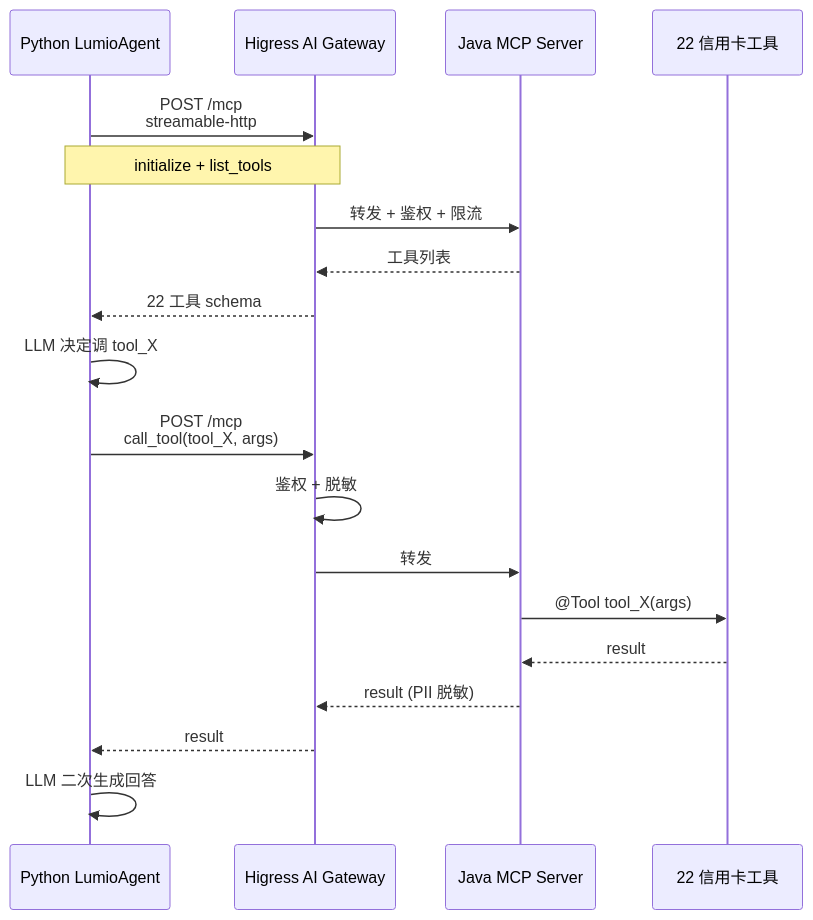
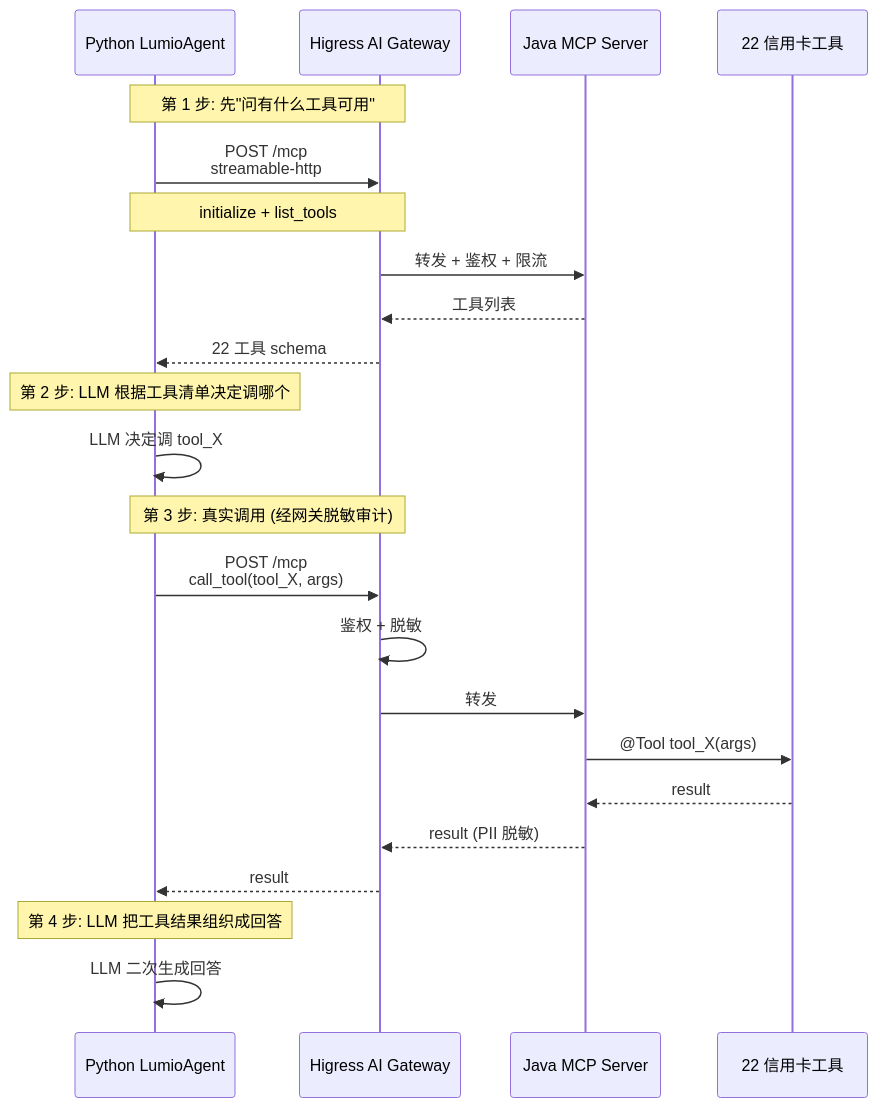
One commit to slowleelab/QingQue changed the first of 2 diagrams in docs/book/07-mcp-tool-integration.md. Above: the diagram before and after it, drawn with Mermaid. The commit also changed other lines of this file and 17 other files, not shown here.

First line of the commit message:
docs: 全部章节按第 3 章思路场景化重写 — 图中文解读 + 业务背景 + 接地气

````diff
--- a/docs/book/07-mcp-tool-integration.md
+++ b/docs/book/07-mcp-tool-integration.md
@@ -27,24 +29,28 @@
 ```mermaid
 sequenceDiagram
     participant Python as Python LumioAgent
     participant Higress as Higress AI Gateway
     participant Java as Java MCP Server
     participant Tools as 22 信用卡工具
 
+    Note over Python,Higress: 第 1 步: 先"问有什么工具可用"
     Python->>Higress: POST /mcp<br/>streamable-http
     Note over Python,Higress: initialize + list_tools
     Higress->>Java: 转发 + 鉴权 + 限流
     Java-->>Higress: 工具列表
     Higress-->>Python: 22 工具 schema
 
+    Note over Python,Python: 第 2 步: LLM 根据工具清单决定调哪个
     Python->>Python: LLM 决定调 tool_X
+    Note over Python,Higress: 第 3 步: 真实调用 (经网关脱敏审计)
     Python->>Higress: POST /mcp<br/>call_tool(tool_X, args)
     Higress->>Higress: 鉴权 + 脱敏
     Higress->>Java: 转发
     Java->>Tools: @Tool tool_X(args)
     Tools-->>Java: result
     Java-->>Higress: result (PII 脱敏)
     Higress-->>Python: result
 
+    Note over Python,Python: 第 4 步: LLM 把工具结果组织成回答
     Python->>Python: LLM 二次生成回答
 ```
````
